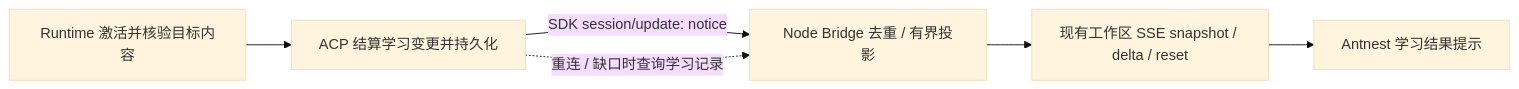
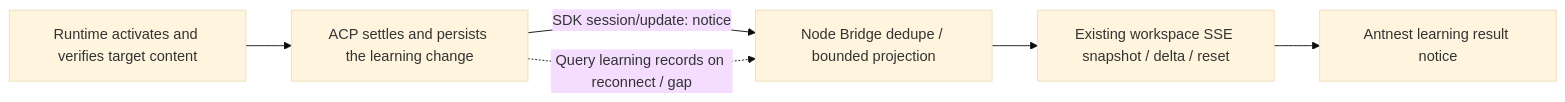
Before and after one commit to tf4fun/antnest-platform: the diagram in docs/skill-learning-notifications-design.md, drawn with Mermaid (base theme). The commit also changed other lines of this file and 173 other files, not shown here.

````diff
--- a/docs/skill-learning-notifications-design.md
+++ b/docs/skill-learning-notifications-design.md
@@ -92,8 +105,8 @@
 ```mermaid
 flowchart LR
-    R["Runtime 激活并核验目标内容"] --> A["ACP 结算学习变更并持久化"]
-    A -->|"SDK session/update: notice"| N["Node Bridge 去重 / 有界投影"]
-    A -.->|"重连 / 缺口时查询学习记录"| N
-    N --> S["现有工作区 SSE snapshot / delta / reset"]
-    S --> U["Antnest 学习结果提示"]
+    R["Runtime activates and verifies target content"] --> A["ACP settles and persists the learning change"]
+    A -->|"SDK session/update: notice"| N["Node Bridge dedupe / bounded projection"]
+    A -.->|"Query learning records on reconnect / gap"| N
+    N --> S["Existing workspace SSE snapshot / delta / reset"]
+    S --> U["Antnest learning result notice"]
 ```
````
